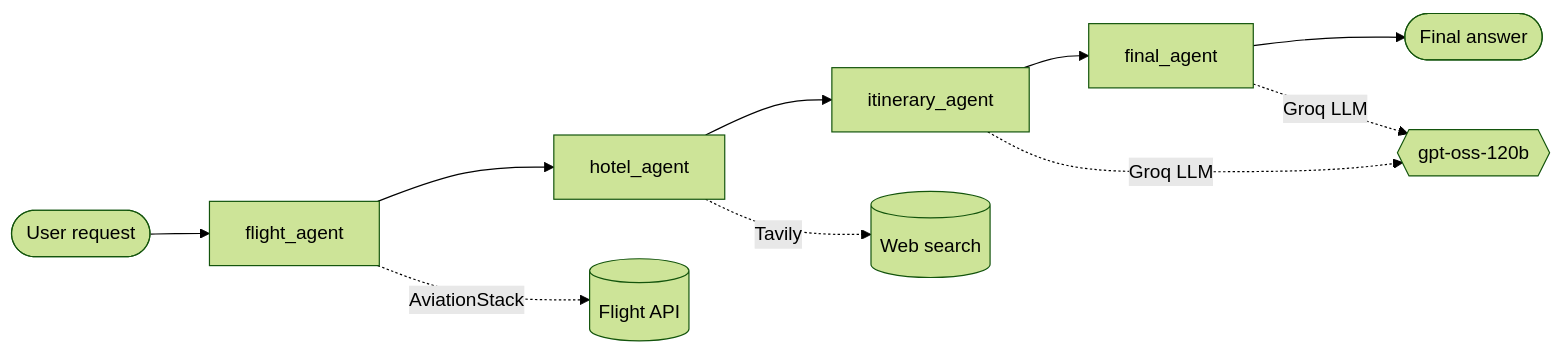
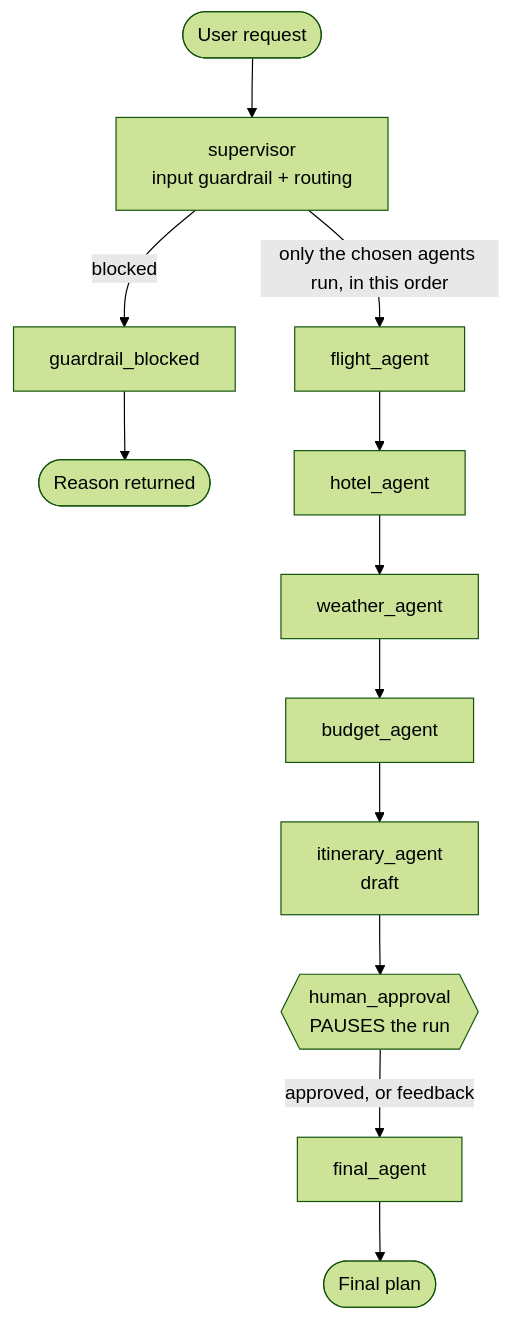
One commit to xshshahab/sypharis-one changed the diagram in README.md. Above: the diagram before and after it, drawn with Mermaid (forest theme). The commit also changed other lines of this file and 64 other files, not shown here.

````diff
--- a/README.md
+++ b/README.md
@@ -38,13 +34,13 @@
 ```mermaid
-flowchart LR
-    U([User request]) --> F[flight_agent]
+flowchart TD
+    U([User request]) --> S[supervisor<br/>input guardrail + routing]
+    S -->|blocked| B[guardrail_blocked] --> R1([Reason returned])
+    S -->|only the chosen agents run, in this order| F[flight_agent]
     F --> H[hotel_agent]
-    H --> I[itinerary_agent]
-    I --> R[final_agent]
-    R --> A([Final answer])
-
-    F -. AviationStack .-> API1[(Flight API)]
-    H -. Tavily .-> API2[(Web search)]
-    I -. Groq LLM .-> LLM1{{gpt-oss-120b}}
-    R -. Groq LLM .-> LLM1
+    H --> W[weather_agent]
+    W --> BU[budget_agent]
+    BU --> I[itinerary_agent<br/>draft]
+    I --> HA{{human_approval<br/>PAUSES the run}}
+    HA -->|approved, or feedback| FA[final_agent]
+    FA --> A([Final plan])
 ```
````
